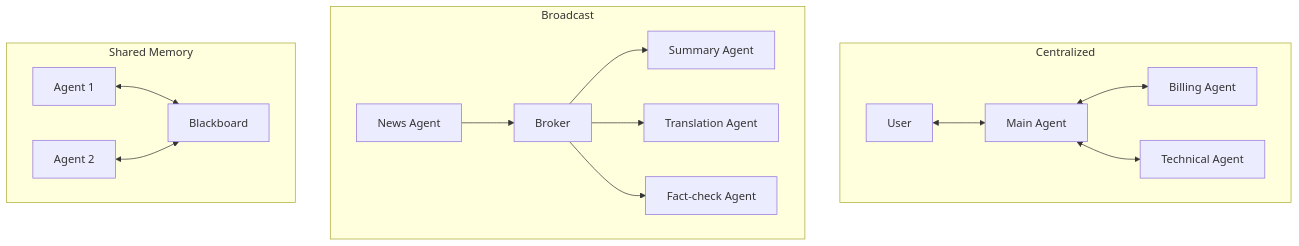
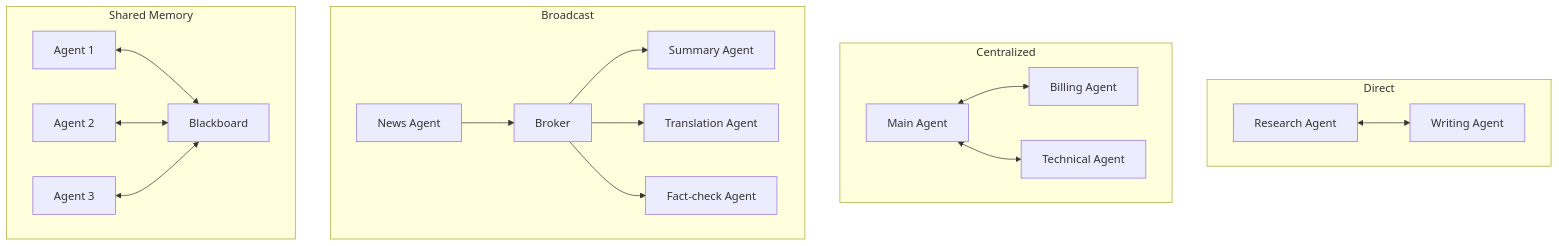
The first of 2 diagrams in notes/step-10-ai-agents-and-agentic-systems/132-how-ai-agents-communicate.md (kaisarnajar/outcome-school-blogs), drawn with Mermaid before and after one commit. The commit also changed other lines of this file and 233 other files, not shown here.

````diff
--- a/notes/step-10-ai-agents-and-agentic-systems/132-how-ai-agents-communicate.md
+++ b/notes/step-10-ai-agents-and-agentic-systems/132-how-ai-agents-communicate.md
@@ -37,18 +48,21 @@
 ```mermaid
 flowchart TD
-    subgraph Central["Centralized"]
-        U["User"] <--> M["Main Agent"]
-        M <--> B1["Billing Agent"]
-        M <--> T1["Technical Agent"]
+    subgraph D["Direct"]
+        d1["Research Agent"] <--> d2["Writing Agent"]
     end
-    subgraph Broad["Broadcast"]
-        N["News Agent"] --> BR["Broker"]
-        BR --> S["Summary Agent"]
-        BR --> TR["Translation Agent"]
-        BR --> F["Fact-check Agent"]
+    subgraph C["Centralized"]
+        c0["Main Agent"] <--> c1["Billing Agent"]
+        c0 <--> c2["Technical Agent"]
     end
-    subgraph Shared["Shared Memory"]
-        A1["Agent 1"] <--> BB["Blackboard"]
-        A2["Agent 2"] <--> BB
+    subgraph B["Broadcast"]
+        b0["News Agent"] --> br["Broker"]
+        br --> b1["Summary Agent"]
+        br --> b2["Translation Agent"]
+        br --> b3["Fact-check Agent"]
+    end
+    subgraph SM["Shared Memory"]
+        s1["Agent 1"] <--> bb["Blackboard"]
+        s2["Agent 2"] <--> bb
+        s3["Agent 3"] <--> bb
     end
 ```
````
